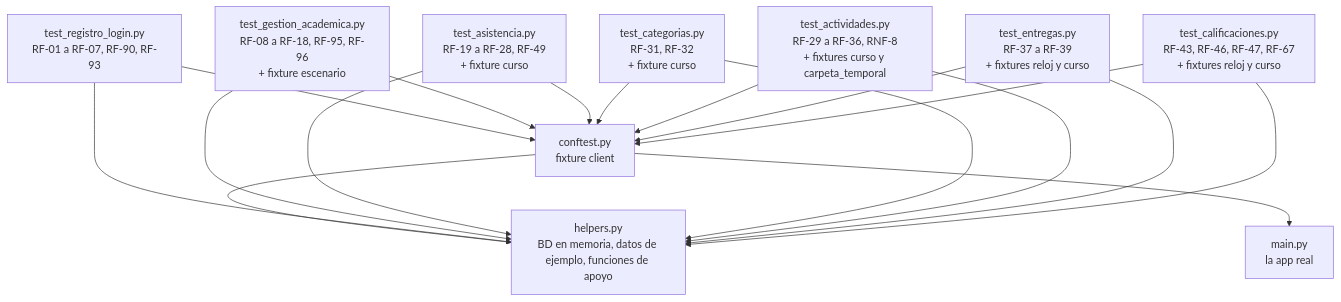
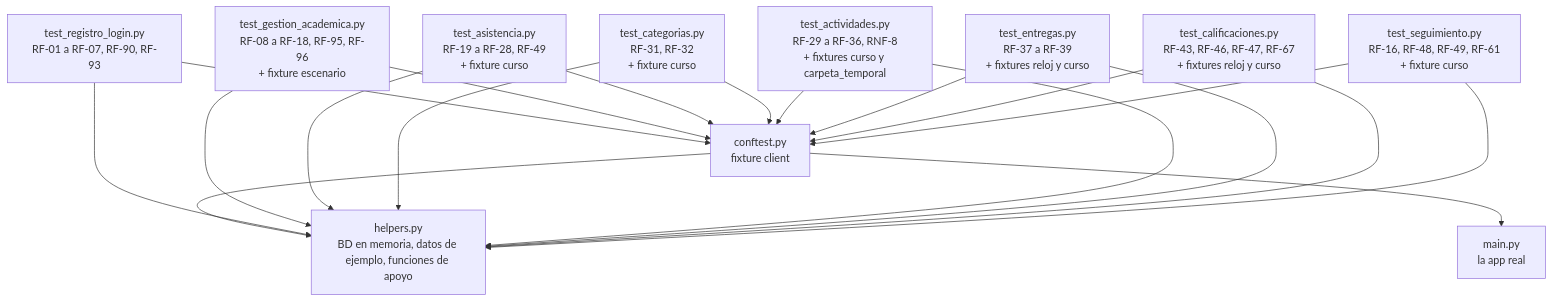
The diagram in docs/backend/07-pruebas.md (Huitrado/SEPA), drawn with Mermaid before and after one commit. The commit also changed other lines of this file and 8 other files, not shown here.

````diff
--- a/docs/backend/07-pruebas.md
+++ b/docs/backend/07-pruebas.md
@@ -50,19 +50,21 @@
 ```mermaid
 flowchart TD
     C["conftest.py<br/>fixture client"] --> H["helpers.py<br/>BD en memoria, datos de ejemplo, funciones de apoyo"]
     C --> M["main.py<br/>la app real"]
     T1["test_registro_login.py<br/>RF-01 a RF-07, RF-90, RF-93"] --> C
     T1 --> H
     T2["test_gestion_academica.py<br/>RF-08 a RF-18, RF-95, RF-96<br/>+ fixture escenario"] --> C
     T2 --> H
     T3["test_asistencia.py<br/>RF-19 a RF-28, RF-49<br/>+ fixture curso"] --> C
     T3 --> H
     T4["test_categorias.py<br/>RF-31, RF-32<br/>+ fixture curso"] --> C
     T4 --> H
     T5["test_actividades.py<br/>RF-29 a RF-36, RNF-8<br/>+ fixtures curso y carpeta_temporal"] --> C
     T5 --> H
     T6["test_entregas.py<br/>RF-37 a RF-39<br/>+ fixtures reloj y curso"] --> C
     T6 --> H
     T7["test_calificaciones.py<br/>RF-43, RF-46, RF-47, RF-67<br/>+ fixtures reloj y curso"] --> C
     T7 --> H
+    T8["test_seguimiento.py<br/>RF-16, RF-48, RF-49, RF-61<br/>+ fixture curso"] --> C
+    T8 --> H
 ```
````
